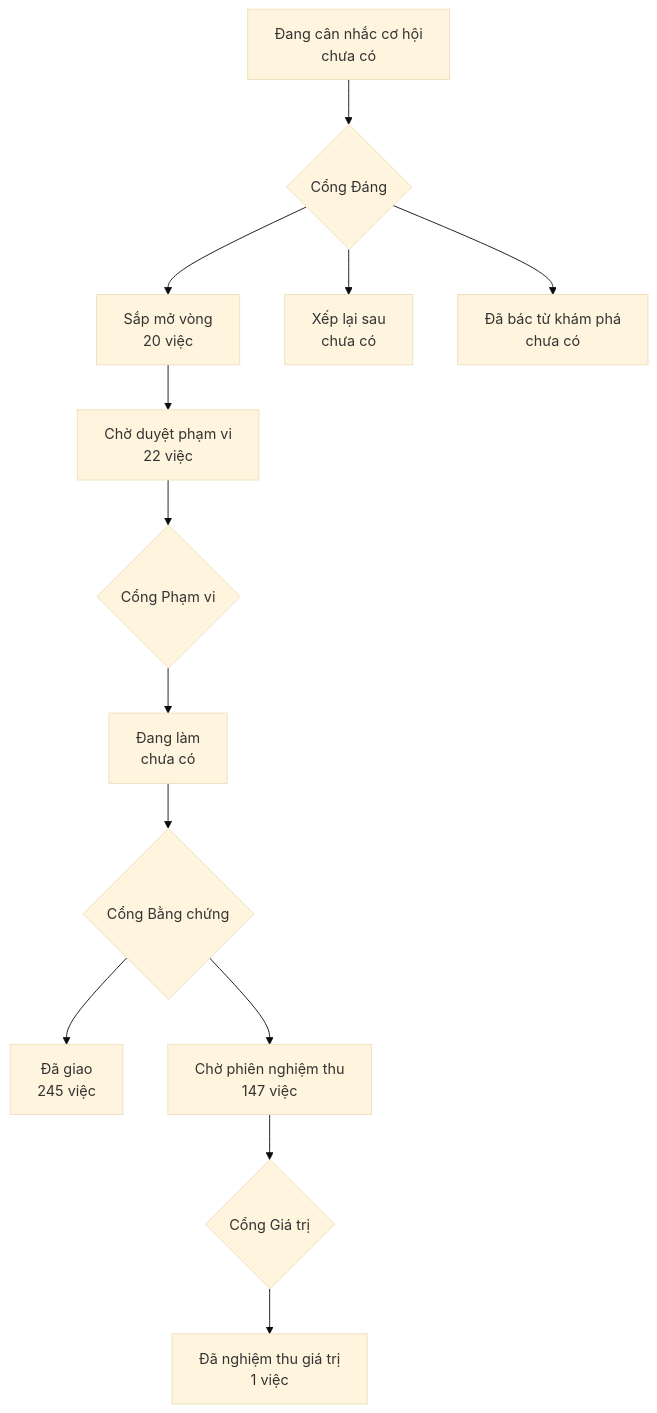
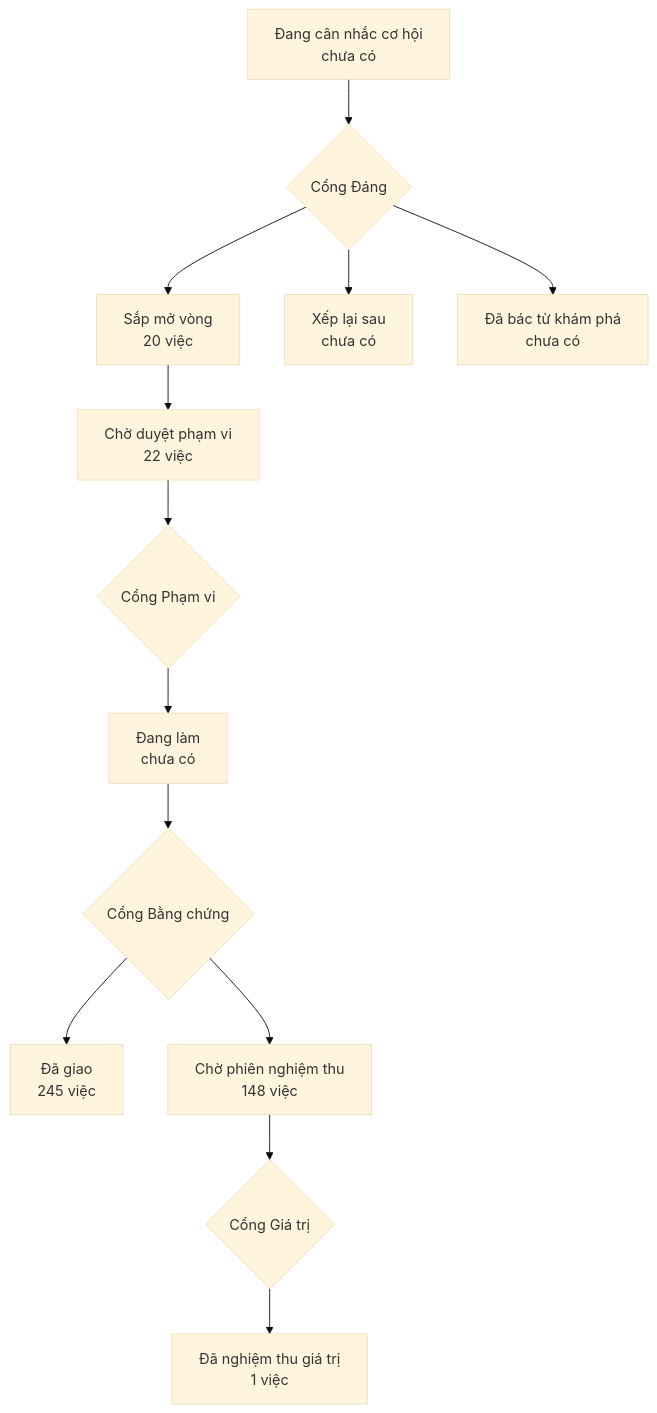
Before and after one commit to phanlemanh/onehub-invest: the diagram in PRODUCT-MAP.md, drawn with Mermaid (base theme). The commit also changed other lines of this file and 69 other files, not shown here.

````diff
--- a/PRODUCT-MAP.md
+++ b/PRODUCT-MAP.md
@@ -7,12 +7,12 @@
 ```mermaid
 flowchart TD
   A["Đang cân nhắc cơ hội<br/>chưa có"] --> GD{"Cổng Đáng"}
   GD --> B["Sắp mở vòng<br/>20 việc"]
   GD --> XL["Xếp lại sau<br/>chưa có"]
   GD --> DB["Đã bác từ khám phá<br/>chưa có"]
   B --> CD["Chờ duyệt phạm vi<br/>22 việc"] --> GP{"Cổng Phạm vi"}
   GP --> DL["Đang làm<br/>chưa có"] --> GB{"Cổng Bằng chứng"}
   GB --> DG["Đã giao<br/>245 việc"]
-  GB --> CN["Chờ phiên nghiệm thu<br/>147 việc"] --> GG{"Cổng Giá trị"}
+  GB --> CN["Chờ phiên nghiệm thu<br/>148 việc"] --> GG{"Cổng Giá trị"}
   GG --> NT["Đã nghiệm thu giá trị<br/>1 việc"]
 ```
````
